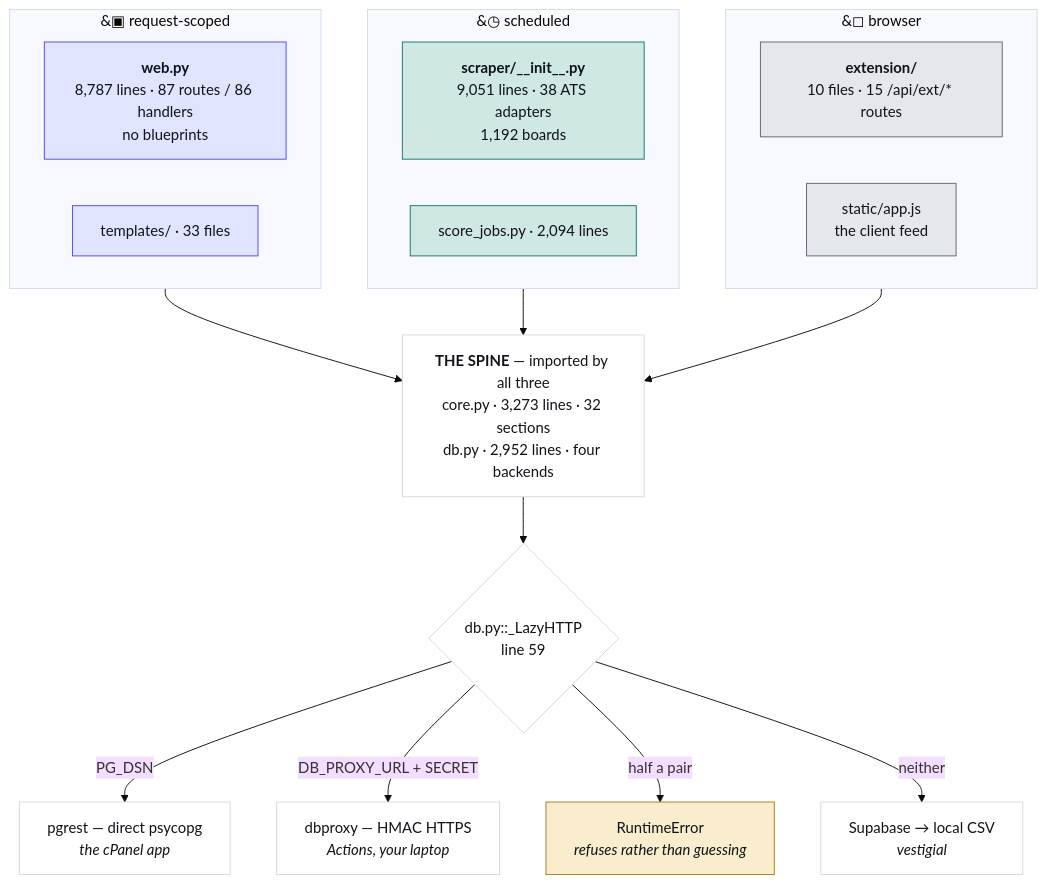
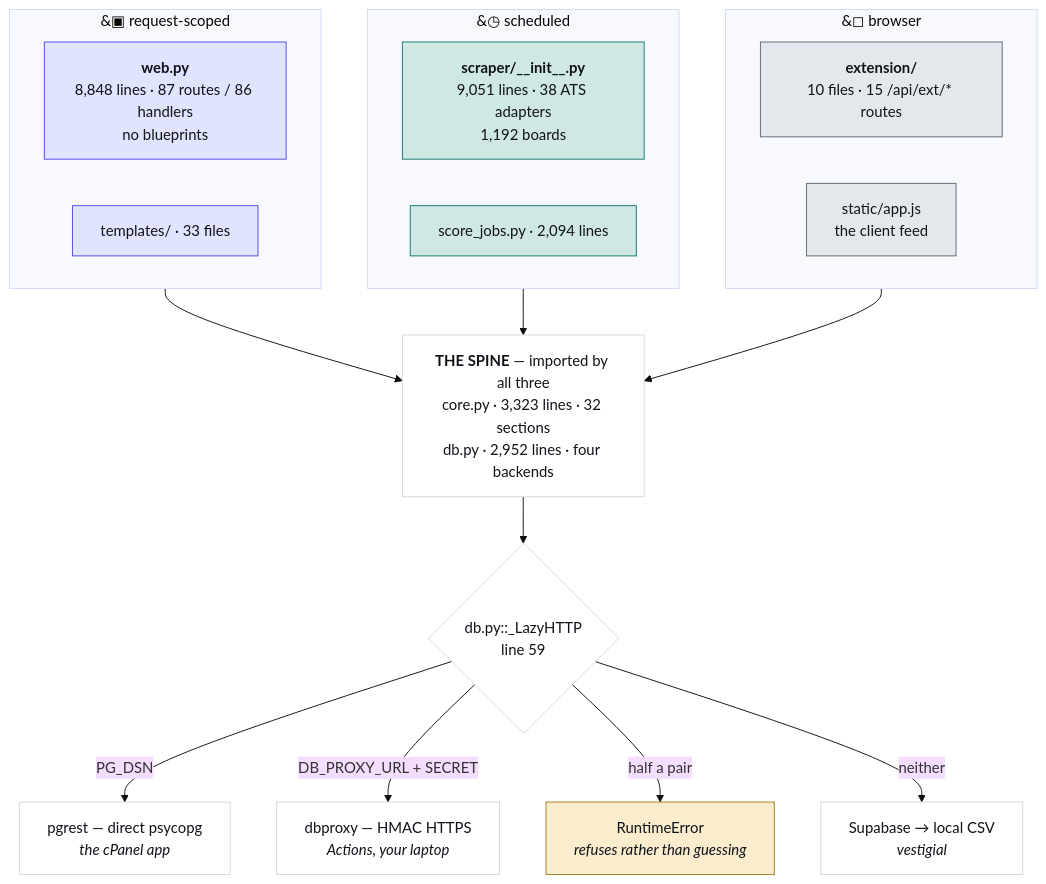
The first of 4 diagrams in JobMatch Scraper/docs/ARCHITECTURE.md (hadakunal909-debug/job-search-tool), drawn with Mermaid (base theme) before and after one commit. The commit also changed other lines of this file and 11 other files, not shown here.

````diff
--- a/JobMatch Scraper/docs/ARCHITECTURE.md
+++ b/JobMatch Scraper/docs/ARCHITECTURE.md
@@ -45,34 +45,34 @@
 ```mermaid
 flowchart TB
   subgraph REQ["&#9635; request-scoped"]
-    W["<b>web.py</b><br/>8,787 lines · 87 routes / 86 handlers<br/>no blueprints"]
+    W["<b>web.py</b><br/>8,848 lines · 87 routes / 86 handlers<br/>no blueprints"]
     T["templates/ · 33 files"]
   end
   subgraph SCH["&#9719; scheduled"]
     S["<b>scraper/__init__.py</b><br/>9,051 lines · 38 ATS adapters<br/>1,192 boards"]
     J["score_jobs.py · 2,094 lines"]
   end
   subgraph CLI["&#9723; browser"]
     E["<b>extension/</b><br/>10 files · 15 /api/ext/* routes"]
     A["static/app.js<br/>the client feed"]
   end
-  SPINE["<b>THE SPINE</b> — imported by all three<br/>core.py · 3,273 lines · 32 sections<br/>db.py · 2,952 lines · four backends"]
+  SPINE["<b>THE SPINE</b> — imported by all three<br/>core.py · 3,323 lines · 32 sections<br/>db.py · 2,952 lines · four backends"]
   REQ --> SPINE
   SCH --> SPINE
   CLI --> SPINE
   SPINE --> D{"db.py::_LazyHTTP<br/>line 59"}
   D -->|"PG_DSN"| P["pgrest — direct psycopg<br/><i>the cPanel app</i>"]
   D -->|"DB_PROXY_URL + SECRET"| X["dbproxy — HMAC HTTPS<br/><i>Actions, your laptop</i>"]
   D -->|"half a pair"| R["RuntimeError<br/><i>refuses rather than guessing</i>"]
   D -->|"neither"| V["Supabase → local CSV<br/><i>vestigial</i>"]
   classDef web fill:#e0e4fe,stroke:#4f46e5,color:#101319
   classDef sched fill:#cfe8e3,stroke:#0f766e,color:#101319
   classDef client fill:#e4e7ec,stroke:#5f6573,color:#101319
   classDef trap fill:#f9edcd,stroke:#a8781a,color:#101319
   classDef plain fill:#ffffff,stroke:#d3d7df,color:#101319
   class W,T web
   class S,J sched
   class E,A client
   class R trap
   class SPINE,D,P,X,V plain
 ```
````
